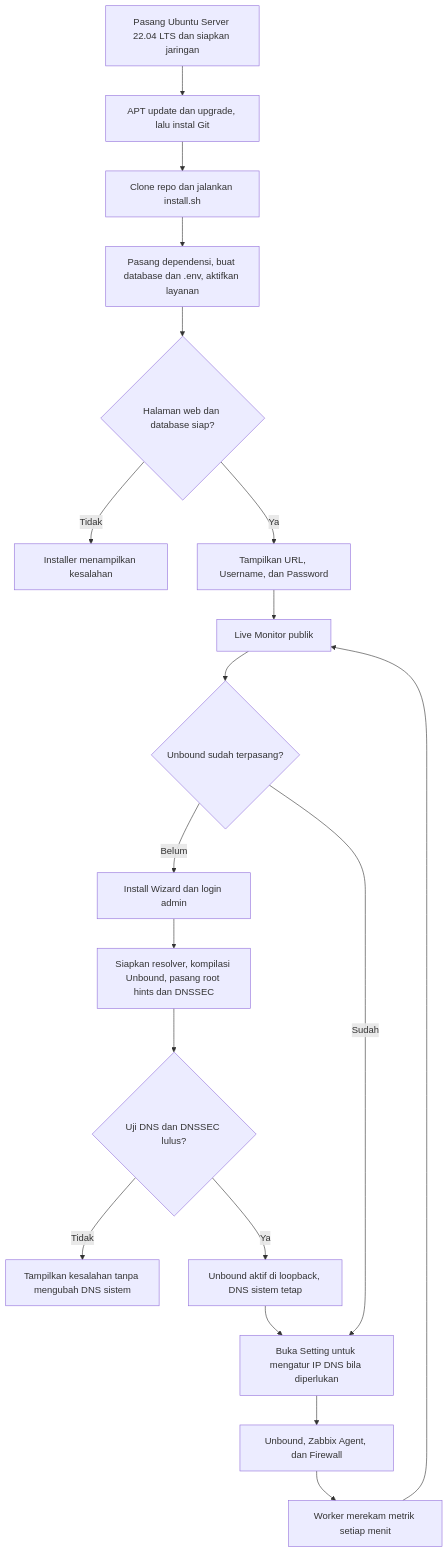
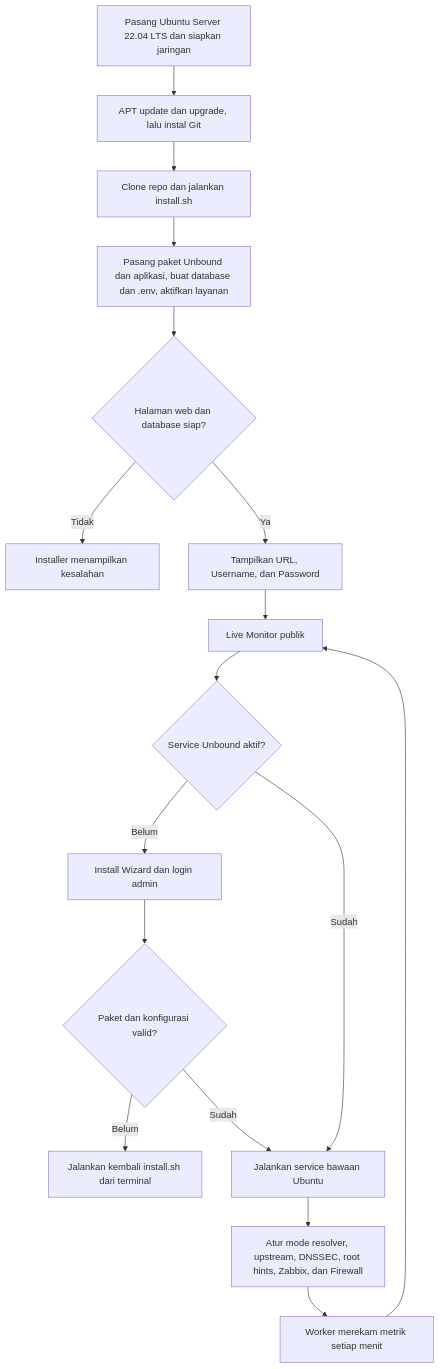
Before and after one commit to ekiguistian/Interaktif_Install-Unbound: the diagram in README.md, drawn with Mermaid. The commit also changed other lines of this file and 15 other files, not shown here.

Commit message:
Update skrip instalasi dan konfigurasi Unbound

````diff
--- a/README.md
+++ b/README.md
@@ -91,21 +95,19 @@
 ```mermaid
 flowchart TD
     A["Pasang Ubuntu Server 22.04 LTS dan siapkan jaringan"] --> B["APT update dan upgrade, lalu instal Git"]
     B --> C["Clone repo dan jalankan install.sh"]
-    C --> D["Pasang dependensi, buat database dan .env, aktifkan layanan"]
+    C --> D["Pasang paket Unbound dan aplikasi, buat database dan .env, aktifkan layanan"]
     D --> E{"Halaman web dan database siap?"}
     E -->|Tidak| F["Installer menampilkan kesalahan"]
     E -->|Ya| G["Tampilkan URL, Username, dan Password"]
     G --> H["Live Monitor publik"]
-    H --> I{"Unbound sudah terpasang?"}
+    H --> I{"Service Unbound aktif?"}
     I -->|Belum| J["Install Wizard dan login admin"]
-    J --> K["Siapkan resolver, kompilasi Unbound, pasang root hints dan DNSSEC"]
-    K --> L{"Uji DNS dan DNSSEC lulus?"}
-    L -->|Tidak| M["Tampilkan kesalahan tanpa mengubah DNS sistem"]
-    L -->|Ya| N["Unbound aktif di loopback, DNS sistem tetap"]
-    N --> O["Buka Setting untuk mengatur IP DNS bila diperlukan"]
+    J --> K{"Paket dan konfigurasi valid?"}
+    K -->|Belum| L["Jalankan kembali install.sh dari terminal"]
+    K -->|Sudah| O["Jalankan service bawaan Ubuntu"]
     I -->|Sudah| O
-    O --> P["Unbound, Zabbix Agent, dan Firewall"]
+    O --> P["Atur mode resolver, upstream, DNSSEC, root hints, Zabbix, dan Firewall"]
     P --> Q["Worker merekam metrik setiap menit"]
     Q --> H
 ```
````
